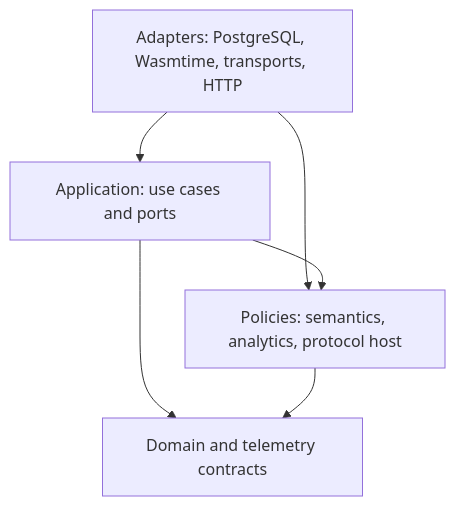
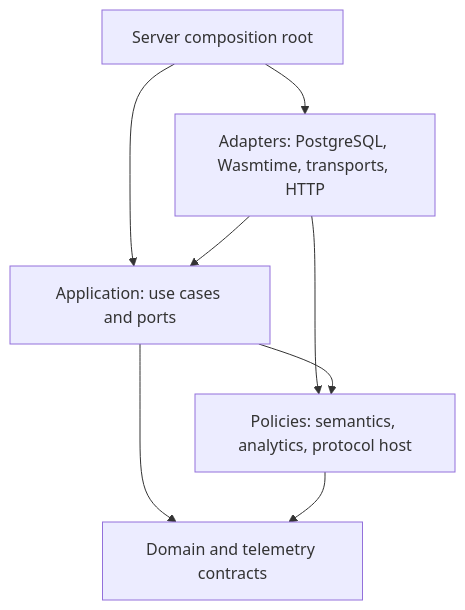
One commit to stanimirivanov/fleetiq-platform changed the fourth of 4 diagrams in docs/architecture/README.md. Above: the diagram before and after it, drawn with Mermaid. The commit also changed other lines of this file and 13 other files, not shown here.

Commit message:
[#112] Establish runnable backend composition root (#113)

````diff
--- a/docs/architecture/README.md
+++ b/docs/architecture/README.md
@@ -93,13 +94,16 @@
 ```mermaid
 flowchart TB
+    Server[Server composition root]
     Adapters[Adapters: PostgreSQL, Wasmtime, transports, HTTP]
     Application[Application: use cases and ports]
     Policies[Policies: semantics, analytics, protocol host]
     Domain[Domain and telemetry contracts]
 
+    Server --> Adapters
+    Server --> Application
     Adapters --> Application
     Adapters --> Policies
     Application --> Policies
     Application --> Domain
     Policies --> Domain
 ```
````
